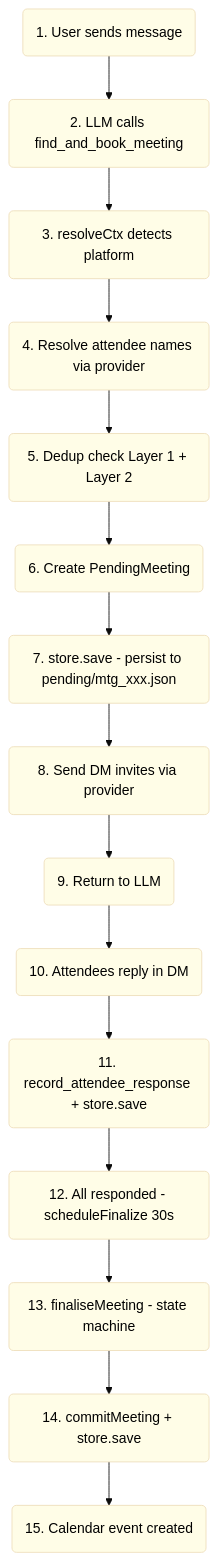
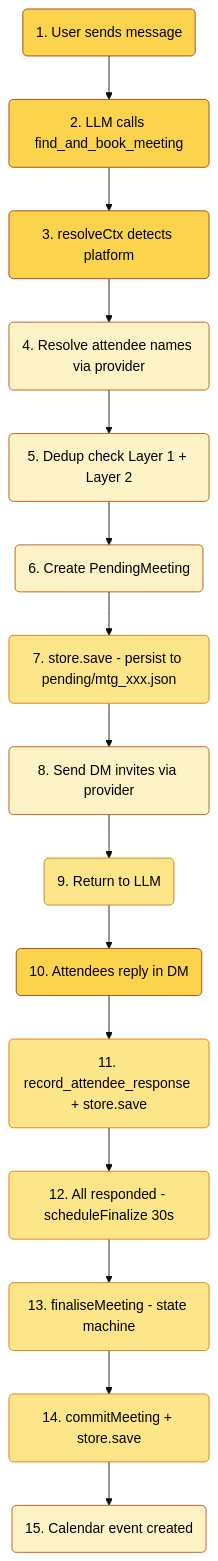
The ninth of 13 diagrams in README.md (javana3/claw_meeting_all), drawn with Mermaid (base theme) before and after one commit. The commit also changed other lines of this file, not shown here.

Commit message:
Add golden borders and hierarchy to mermaid diagrams

````diff
--- a/README.md
+++ b/README.md
@@ -339,34 +339,34 @@
 ```mermaid
 graph TD
     A(1. User sends message) --> B(2. LLM calls find_and_book_meeting)
     B --> C(3. resolveCtx detects platform)
     C --> D(4. Resolve attendee names via provider)
     D --> E(5. Dedup check Layer 1 + Layer 2)
     E --> F(6. Create PendingMeeting)
     F --> G(7. store.save - persist to pending/mtg_xxx.json)
     G --> H(8. Send DM invites via provider)
     H --> I(9. Return to LLM)
 
     I --> J(10. Attendees reply in DM)
     J --> K(11. record_attendee_response + store.save)
     K --> L(12. All responded - scheduleFinalize 30s)
     L --> M(13. finaliseMeeting - state machine)
     M --> N(14. commitMeeting + store.save)
     N --> O(15. Calendar event created)
 
-style G fill:#fffde7,color:#000
-    style K fill:#fffde7,color:#000
-    style N fill:#fffde7,color:#000
-    style A fill:#fffde7,color:#000
-    style B fill:#fffde7,color:#000
-    style C fill:#fffde7,color:#000
-    style D fill:#fffde7,color:#000
-    style E fill:#fffde7,color:#000
-    style F fill:#fffde7,color:#000
-    style H fill:#fffde7,color:#000
-    style I fill:#fffde7,color:#000
-    style J fill:#fffde7,color:#000
-    style L fill:#fffde7,color:#000
-    style M fill:#fffde7,color:#000
-    style O fill:#fffde7,color:#000
+style G fill:#fde68a,stroke:#d97706,color:#000
+    style K fill:#fde68a,stroke:#d97706,color:#000
+    style N fill:#fde68a,stroke:#d97706,color:#000
+    style A fill:#fcd34d,stroke:#92400e,color:#000
+    style B fill:#fcd34d,stroke:#92400e,color:#000
+    style C fill:#fcd34d,stroke:#92400e,color:#000
+    style D fill:#fef3c7,stroke:#b45309,color:#000
+    style E fill:#fef3c7,stroke:#b45309,color:#000
+    style F fill:#fef3c7,stroke:#b45309,color:#000
+    style H fill:#fef3c7,stroke:#b45309,color:#000
+    style I fill:#fde68a,stroke:#d97706,color:#000
+    style J fill:#fcd34d,stroke:#92400e,color:#000
+    style L fill:#fde68a,stroke:#d97706,color:#000
+    style M fill:#fde68a,stroke:#d97706,color:#000
+    style O fill:#fef3c7,stroke:#b45309,color:#000
 ```
````
